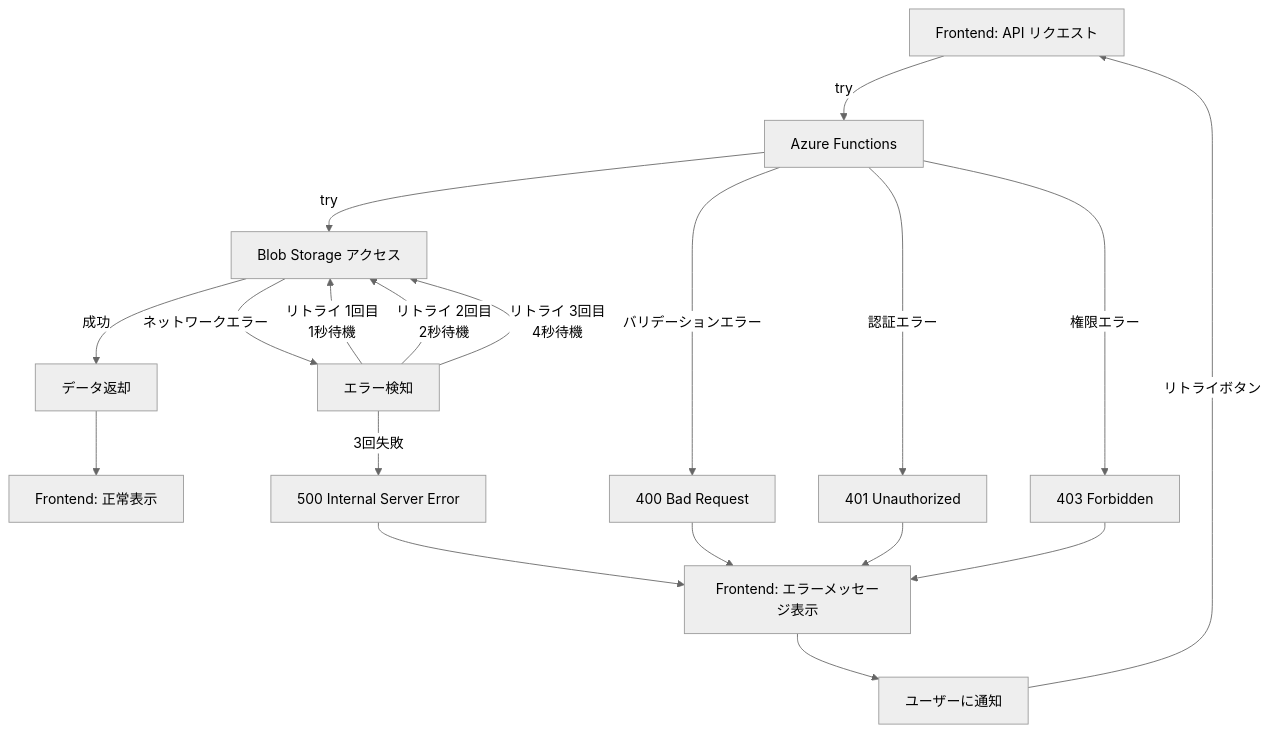
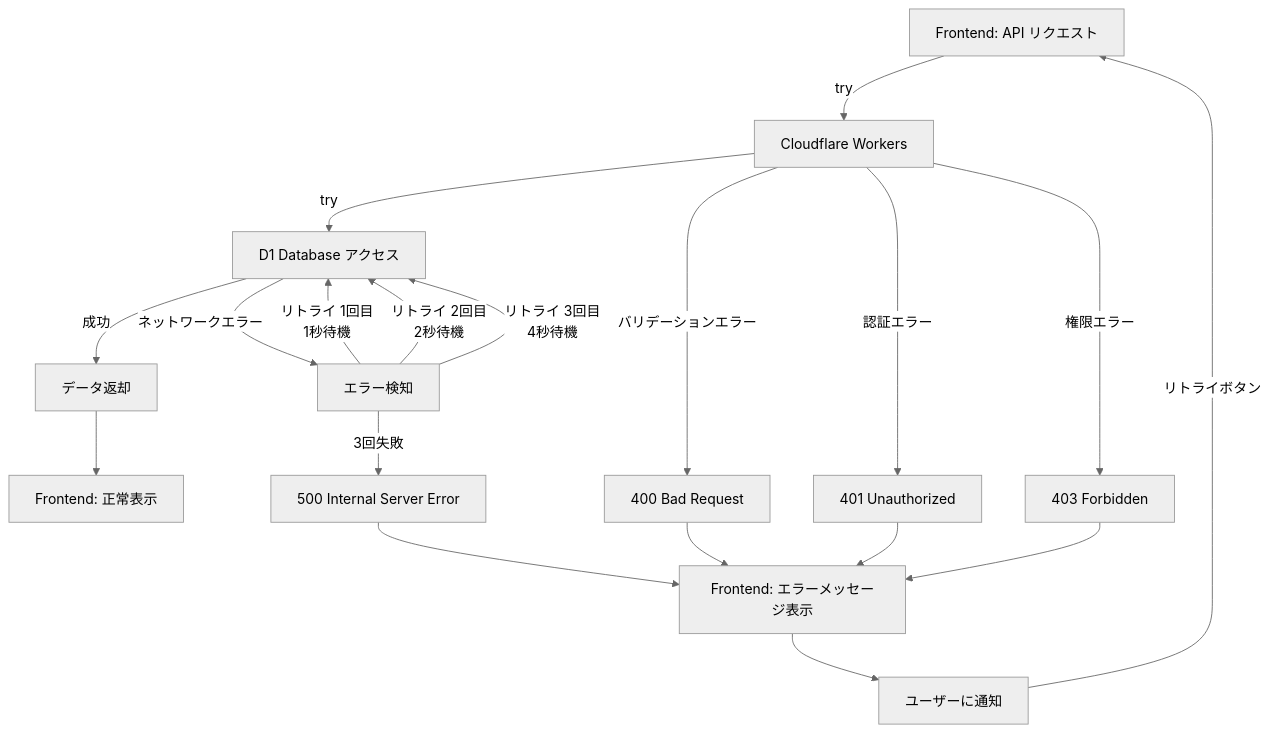
The seventh of 9 diagrams in docs/design/shadowverse-battle-log/dataflow.md (yaguma/shadowverse_log), drawn with Mermaid (neutral theme) before and after one commit. The commit also changed other lines of this file and 6 other files, not shown here.

````diff
--- a/docs/design/shadowverse-battle-log/dataflow.md
+++ b/docs/design/shadowverse-battle-log/dataflow.md
@@ -320,26 +287,26 @@
 ```mermaid
 flowchart TD
-    A[Frontend: API リクエスト] -->|try| B[Azure Functions]
-    B -->|try| C[Blob Storage アクセス]
+    A[Frontend: API リクエスト] -->|try| B[Cloudflare Workers]
+    B -->|try| C[D1 Database アクセス]
 
     C -->|成功| D[データ返却]
     D --> E[Frontend: 正常表示]
 
     C -->|ネットワークエラー| F[エラー検知]
     F -->|リトライ 1回目<br/>1秒待機| C
     F -->|リトライ 2回目<br/>2秒待機| C
     F -->|リトライ 3回目<br/>4秒待機| C
     F -->|3回失敗| G[500 Internal Server Error]
 
     B -->|バリデーションエラー| H[400 Bad Request]
     B -->|認証エラー| I[401 Unauthorized]
     B -->|権限エラー| J[403 Forbidden]
 
     G --> K[Frontend: エラーメッセージ表示]
     H --> K
     I --> K
     J --> K
 
     K --> L[ユーザーに通知]
     L -->|リトライボタン| A
 ```
````
